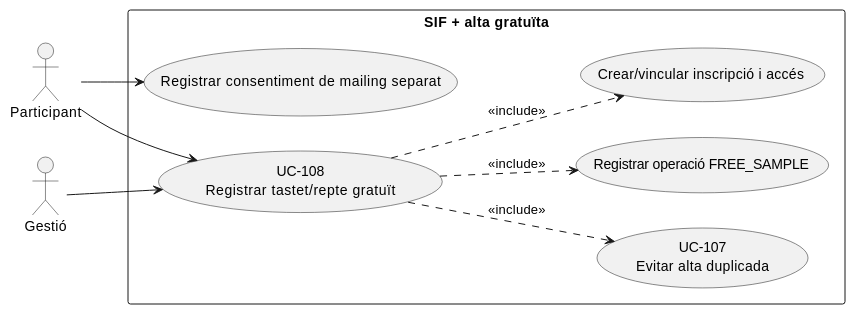
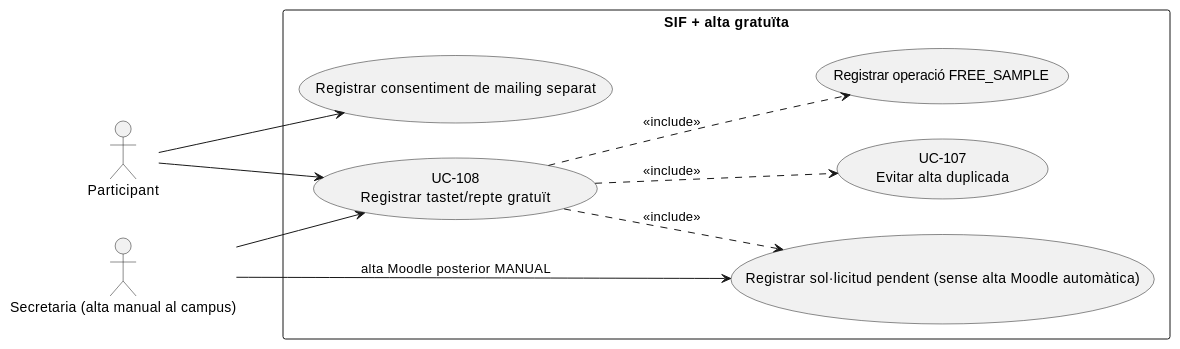
The first of 3 diagrams in documentacio/07-uml-integrat/uc-108-tastet-repte-gratuit.md (orgmeriemprismacat-del/verifactu), drawn with PlantUML before and after one commit. The commit also changed other lines of this file, not shown here.

Commit message:
docs(uml uc-108): manual secretariat Moodle activation now; automation 2027 out of scope

````diff
--- a/documentacio/07-uml-integrat/uc-108-tastet-repte-gratuit.md
+++ b/documentacio/07-uml-integrat/uc-108-tastet-repte-gratuit.md
@@ -71,20 +72,21 @@
 ```plantuml
 @startuml
 left to right direction
 actor "Participant" as P
-actor "Gestió" as G
+actor "Secretaria (alta manual al campus)" as G
 rectangle "SIF + alta gratuïta" {
  usecase "UC-108\nRegistrar tastet/repte gratuït" as Main
  usecase "UC-107\nEvitar alta duplicada" as Dup
  usecase "Registrar operació FREE_SAMPLE" as Op
- usecase "Crear/vincular inscripció i accés" as Access
+ usecase "Registrar sol·licitud pendent (sense alta Moodle automàtica)" as Access
  usecase "Registrar consentiment de mailing separat" as Mail
 }
 P --> Main
 G --> Main
 Main ..> Dup : <<include>>
 Main ..> Op : <<include>>
 Main ..> Access : <<include>>
+G --> Access : alta Moodle posterior MANUAL
 P --> Mail
 @enduml
 ```
````
